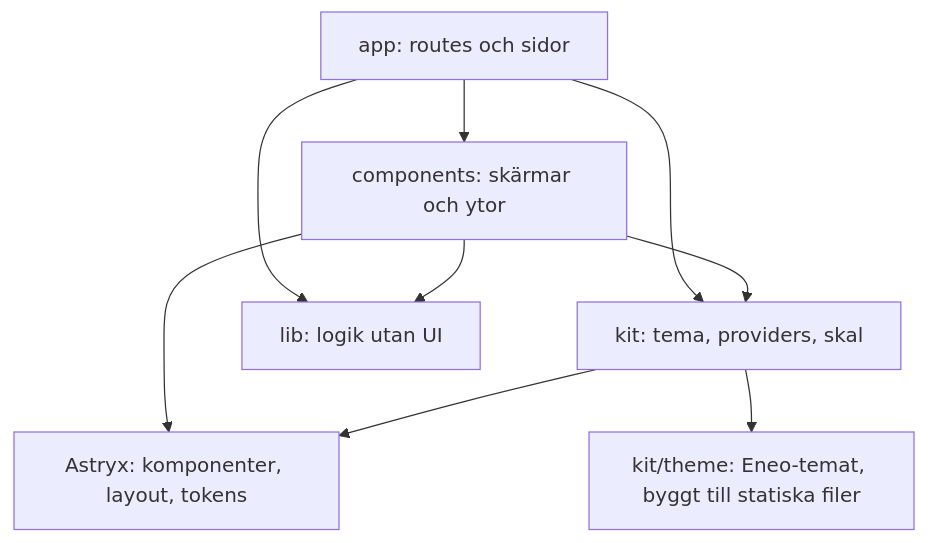
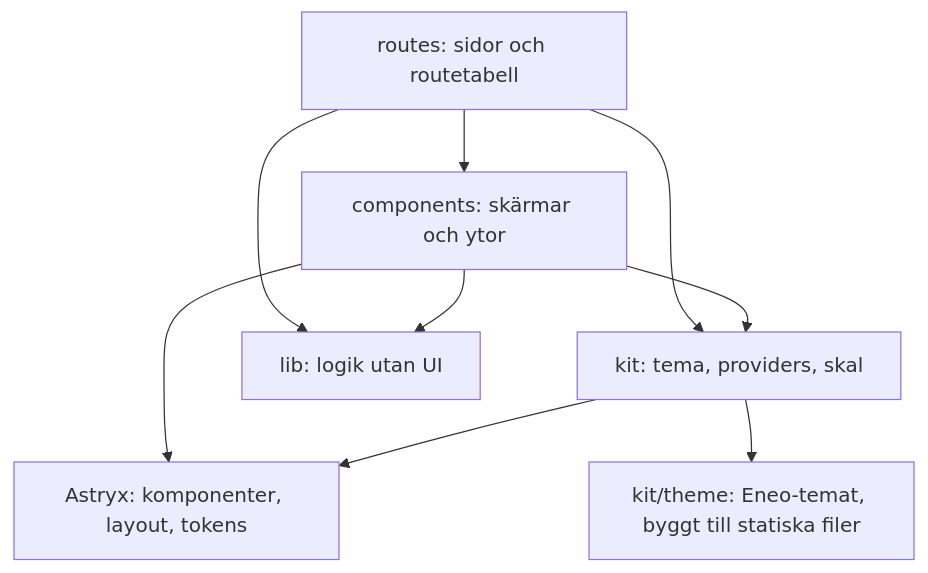
The seventh of 8 diagrams in docs/architecture.md (eneo-ai/eneo-mod-speech-to-text), drawn with Mermaid before and after one commit. The commit also changed other lines of this file and 14 other files, not shown here.

````diff
--- a/docs/architecture.md
+++ b/docs/architecture.md
@@ -180,11 +156,11 @@
 ```mermaid
 flowchart TD
-    app["app: routes och sidor"] --> comp["components: skärmar och ytor"]
-    app --> kit["kit: tema, providers, skal"]
-    app --> lib["lib: logik utan UI"]
+    routes["routes: sidor och routetabell"] --> comp["components: skärmar och ytor"]
+    routes --> kit["kit: tema, providers, skal"]
+    routes --> lib["lib: logik utan UI"]
     comp --> kit
     comp --> lib
     comp --> astryx["Astryx: komponenter, layout, tokens"]
     kit --> astryx
     kit --> theme["kit/theme: Eneo-temat, byggt till statiska filer"]
 ```
````
